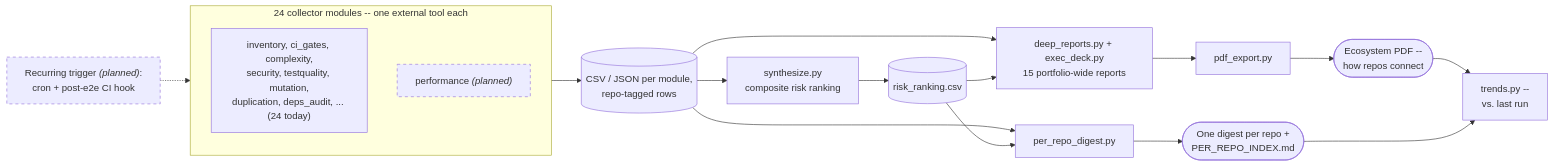
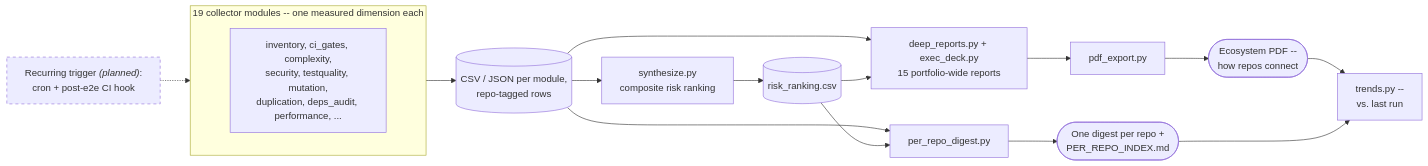
One commit to rachit-srivastava-devx/repo-analyser changed the diagram in README.md. Above: the diagram before and after it, drawn with Mermaid. The commit also changed other lines of this file and 6 other files, not shown here.

First line of the commit message:
Add performance.py: perf/latency budget detection (Lighthouse CI, bundlesize, size-limit, artillery)

````diff
--- a/README.md
+++ b/README.md
@@ -80,30 +80,29 @@
 ```mermaid
 flowchart LR
-    subgraph Collectors["24 collector modules -- one external tool each"]
+    subgraph Collectors["19 collector modules -- one measured dimension each"]
         direction TB
-        Existing["inventory, ci_gates, complexity,\nsecurity, testquality, mutation,\nduplication, deps_audit, ... (24 today)"]
-        Perf["performance <i>(planned)</i>"]
+        Existing["inventory, ci_gates, complexity,\nsecurity, testquality, mutation,\nduplication, deps_audit, performance, ..."]
     end
 
     Collectors --> Data[("CSV / JSON per module,\nrepo-tagged rows")]
 
     Data --> Synthesize["synthesize.py\ncomposite risk ranking"]
     Synthesize --> Risk[("risk_ranking.csv")]
 
     Data --> Ecosystem["deep_reports.py + exec_deck.py\n15 portfolio-wide reports"]
     Risk --> Ecosystem
     Ecosystem --> PDF["pdf_export.py"]
     PDF --> EcoOut(["Ecosystem PDF --\nhow repos connect"])
 
     Data --> PerRepo["per_repo_digest.py"]
     Risk --> PerRepo
     PerRepo --> RepoOut(["One digest per repo +\nPER_REPO_INDEX.md"])
 
     EcoOut --> Trends["trends.py --\nvs. last run"]
     RepoOut --> Trends
 
     Trigger["Recurring trigger <i>(planned)</i>:\ncron + post-e2e CI hook"] -.-> Collectors
 
     classDef planned stroke-dasharray: 5 5
-    class Perf,Trigger planned
+    class Trigger planned
 ```
````
